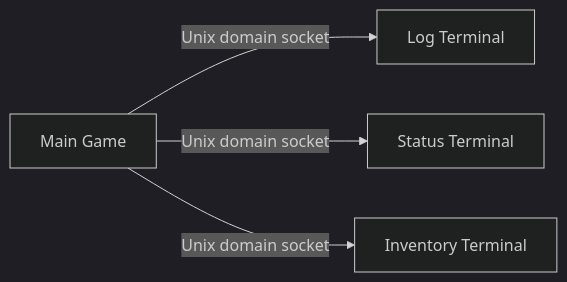
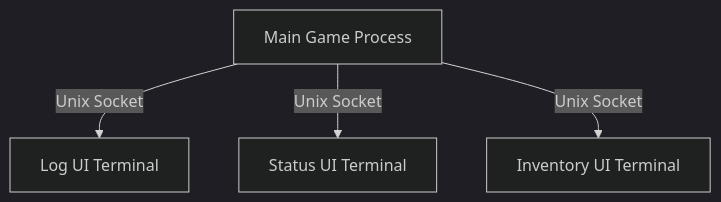
Before and after one commit to EliasVahlberg/saltglass-steppe: the sixth of 6 diagrams in .agents/summary/architecture.md, drawn with Mermaid (dark theme). The commit also changed other lines of this file and 16 other files, not shown here.

````diff
--- a/.agents/summary/architecture.md
+++ b/.agents/summary/architecture.md
@@ -127,6 +163,6 @@
 ```mermaid
-graph LR
-    Main["Main Game"] -->|Unix domain socket| Log["Log Terminal"]
-    Main -->|Unix domain socket| Status["Status Terminal"]
-    Main -->|Unix domain socket| Inv["Inventory Terminal"]
+graph TB
+    MAIN["Main Game Process"] -->|Unix Socket| LOG["Log UI Terminal"]
+    MAIN -->|Unix Socket| STAT["Status UI Terminal"]
+    MAIN -->|Unix Socket| INV["Inventory UI Terminal"]
 ```
````
